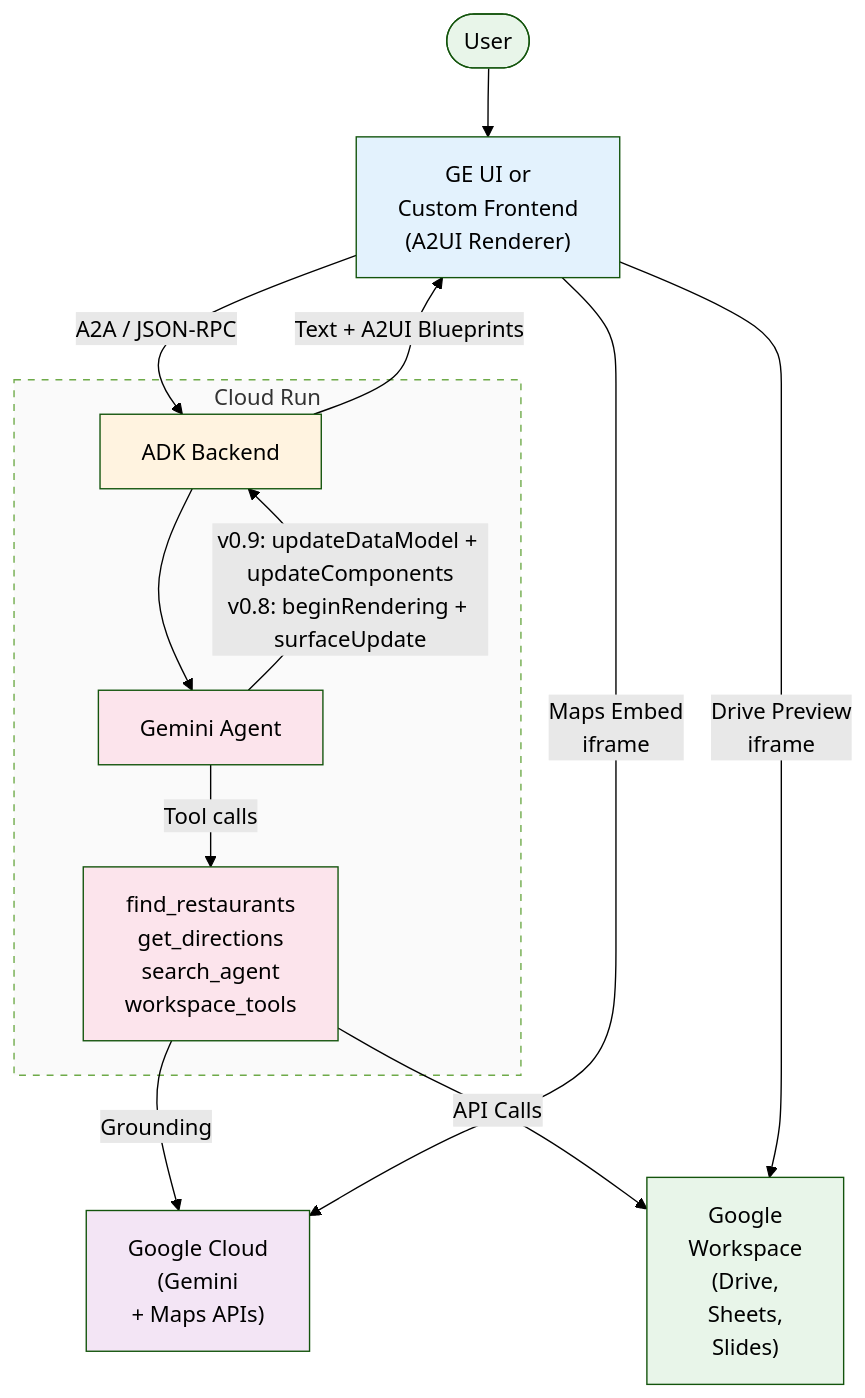
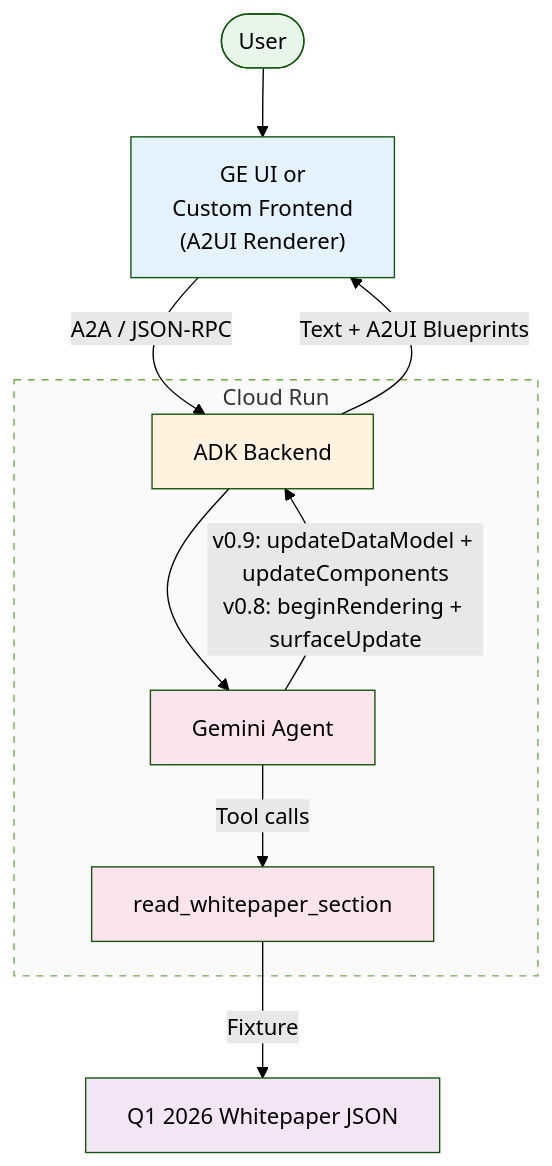
The diagram in docs/system_diagram.md (wadave/agent-a2ui-demo), drawn with Mermaid (forest theme) before and after one commit. The commit also changed 38 other files, not shown here.

````diff
--- a/docs/system_diagram.md
+++ b/docs/system_diagram.md
@@ -3,31 +3,27 @@
 ```mermaid
 graph TB
     User([User]) --> FE["GE UI or <br/>Custom Frontend<br/>(A2UI Renderer)"]
 
     FE -->|"A2A / JSON-RPC"| BE
 
     subgraph CloudRun["Cloud Run"]
         BE["ADK Backend"]
         Agent["Gemini Agent"]
-        Tools["find_restaurants<br/>get_directions<br/>search_agent<br/>workspace_tools"]
+        Tools["read_whitepaper_section"]
 
         BE --> Agent
         Agent -->|"Tool calls"| Tools
         Agent -->|"v0.9: updateDataModel + updateComponents<br/>v0.8: beginRendering + surfaceUpdate"| BE
     end
 
     BE -->|"Text + A2UI Blueprints"| FE
-    Tools -->|"Grounding"| GCP["Google Cloud<br/>(Gemini<br/>+ Maps APIs)"]
-    Tools -->|"API Calls"| GWS["Google<br/>Workspace<br/>(Drive,<br/>Sheets,<br/>Slides)"]
-    FE -->|"Maps Embed<br/> iframe"| GCP
-    FE -->|"Drive Preview <br/>iframe"| GWS
+    Tools -->|"Fixture"| Data["Q1 2026 Whitepaper JSON"]
 
     style User fill:#e8f5e9
     style FE fill:#e3f2fd
     style BE fill:#fff3e0
     style Agent fill:#fce4ec
     style Tools fill:#fce4ec
-    style GCP fill:#f3e5f5
-    style GWS fill:#e8f5e9
+    style Data fill:#f3e5f5
     style CloudRun stroke-dasharray:5 5,fill:#fafafa
 ```
````
